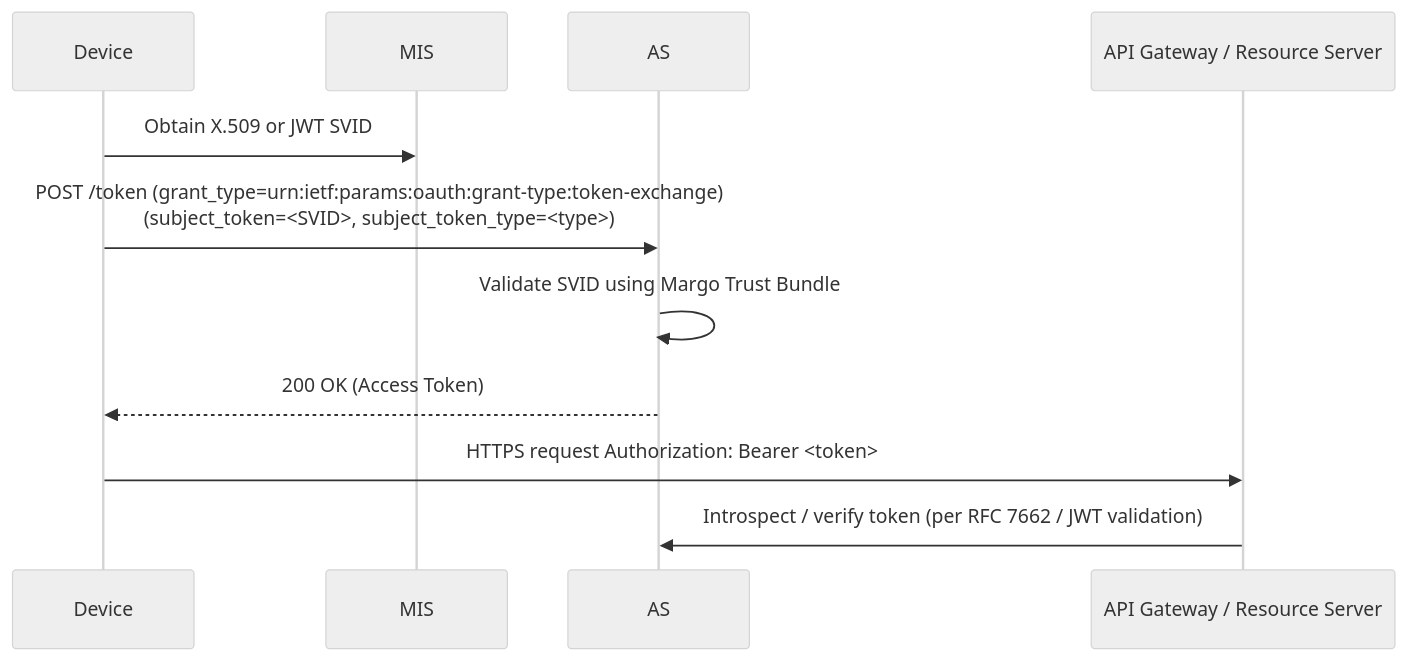
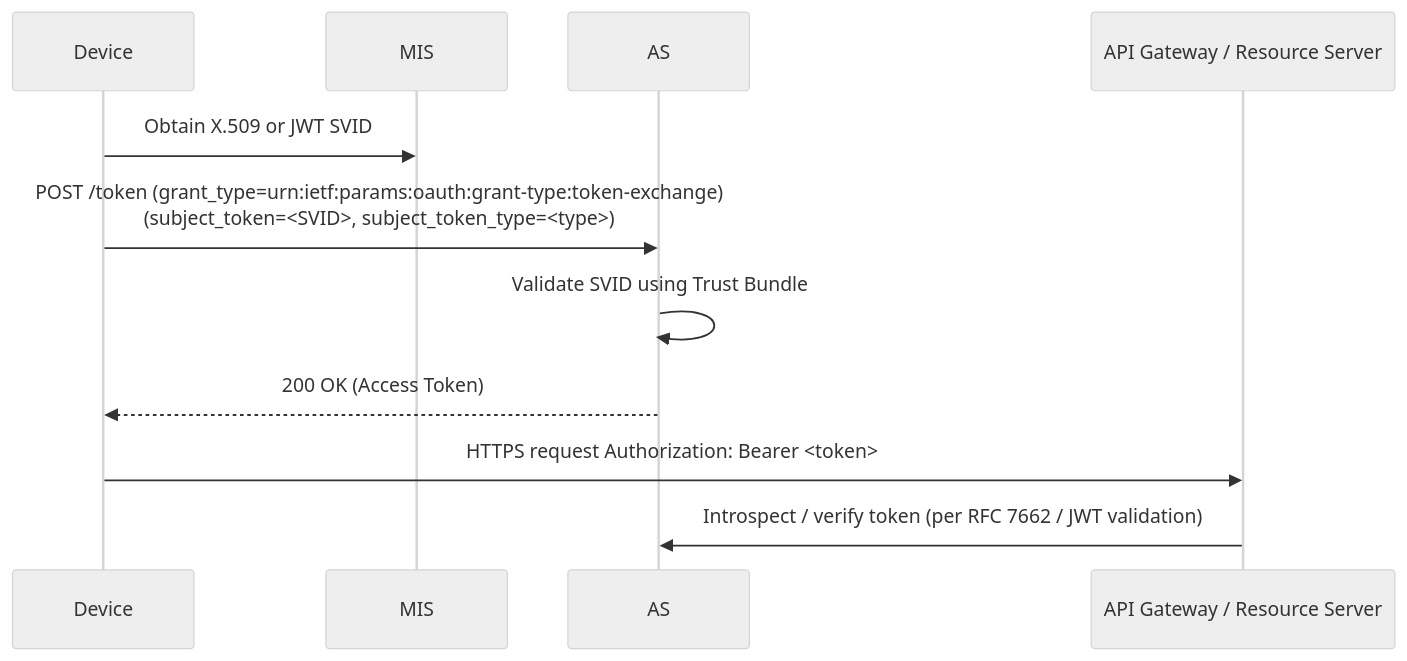
One commit to margo/specification-enhancements changed the seventh of 9 diagrams in proposals/margo-identity-and-authorization-framework.md. Above: the diagram before and after it, drawn with Mermaid (neutral theme). The commit also changed other lines of this file, not shown here.

````diff
--- a/proposals/margo-identity-and-authorization-framework.md
+++ b/proposals/margo-identity-and-authorization-framework.md
@@ -2131,14 +2156,14 @@
 ```mermaid
 sequenceDiagram
     participant Device
     participant MIS
     participant AS
     participant RS as API Gateway / Resource Server
 
     Device->>MIS: Obtain X.509 or JWT SVID
     Device->>AS: POST /token (grant_type=urn:ietf:params:oauth:grant-type:token-exchange)<br/>(subject_token=<SVID>, subject_token_type=<type>)
-    AS->>AS: Validate SVID using Margo Trust Bundle
+    AS->>AS: Validate SVID using Trust Bundle
     AS-->>Device: 200 OK (Access Token)
     Device->>RS: HTTPS request Authorization: Bearer <token>
     RS->>AS: Introspect / verify token (per RFC 7662 / JWT validation)
 ```
````
